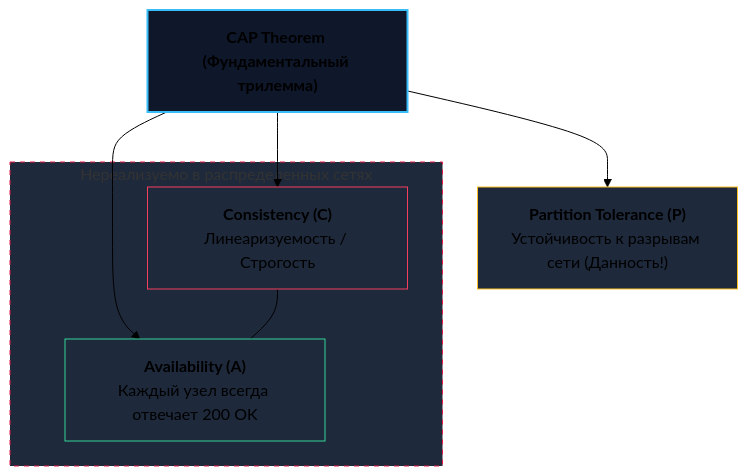
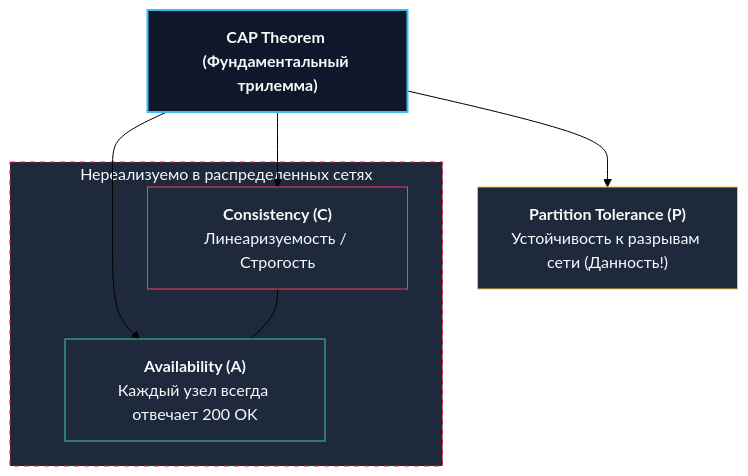
One commit to UnrealTemplier/go-textbook changed the second of 3 diagrams in sources/12. Базы данных/08. Распределенные базы данных/6. Consistency модели.md. Above: the diagram before and after it, drawn with Mermaid (forest theme). The commit also changed other lines of this file and 310 other files, not shown here.

First line of the commit message:
fix(mermaid): replace light fill colors with dark palette for readability on dark theme

````diff
--- a/sources/12. Базы данных/08. Распределенные базы данных/6. Consistency модели.md
+++ b/sources/12. Базы данных/08. Распределенные базы данных/6. Consistency модели.md
@@ -75,17 +75,17 @@
 ```mermaid
 graph TD
     CAP["<b>CAP Theorem (Фундаментальный трилемма)</b>"]
     CAP --> C["<b>Consistency (C)</b><br>Линеаризуемость / Строгость"]
     CAP --> A["<b>Availability (A)</b><br>Каждый узел всегда отвечает 200 OK"]
     CAP --> P["<b>Partition Tolerance (P)</b><br>Устойчивость к разрывам сети (Данность!)"]
     
     subgraph Forbidden ["Нереализуемо в распределенных сетях"]
         C --- A
     end
 
-    style CAP fill:#0f172a,stroke:#38bdf8,stroke-width:2px
-    style C fill:#1e293b,stroke:#f43f5e,stroke-width:1px
-    style A fill:#1e293b,stroke:#34d399,stroke-width:1px
-    style P fill:#1e293b,stroke:#fbbf24,stroke-width:1px
-    style Forbidden fill:#1e293b,stroke:#e11d48,stroke-dasharray: 5 5
+    style CAP fill:#0f172a,stroke:#38bdf8,stroke-width:2px,color:#f8fafc
+    style C fill:#1e293b,stroke:#f43f5e,stroke-width:1px,color:#f8fafc
+    style A fill:#1e293b,stroke:#34d399,stroke-width:1px,color:#f8fafc
+    style P fill:#1e293b,stroke:#fbbf24,stroke-width:1px,color:#f8fafc
+    style Forbidden fill:#1e293b,stroke:#e11d48,stroke-dasharray: 5 5,color:#f8fafc
 ```
````
